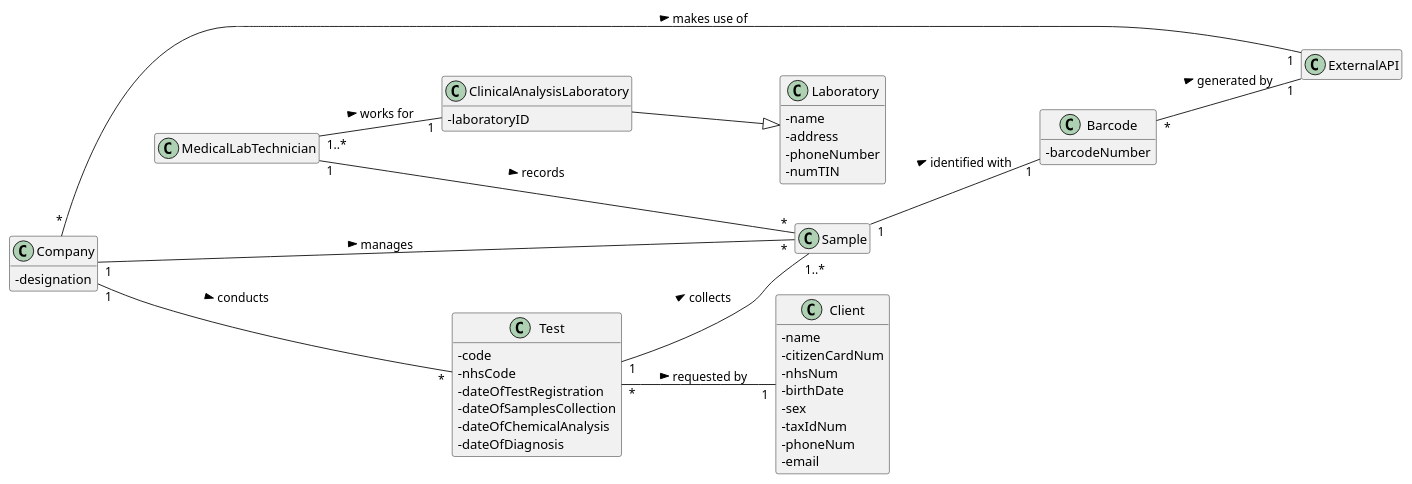
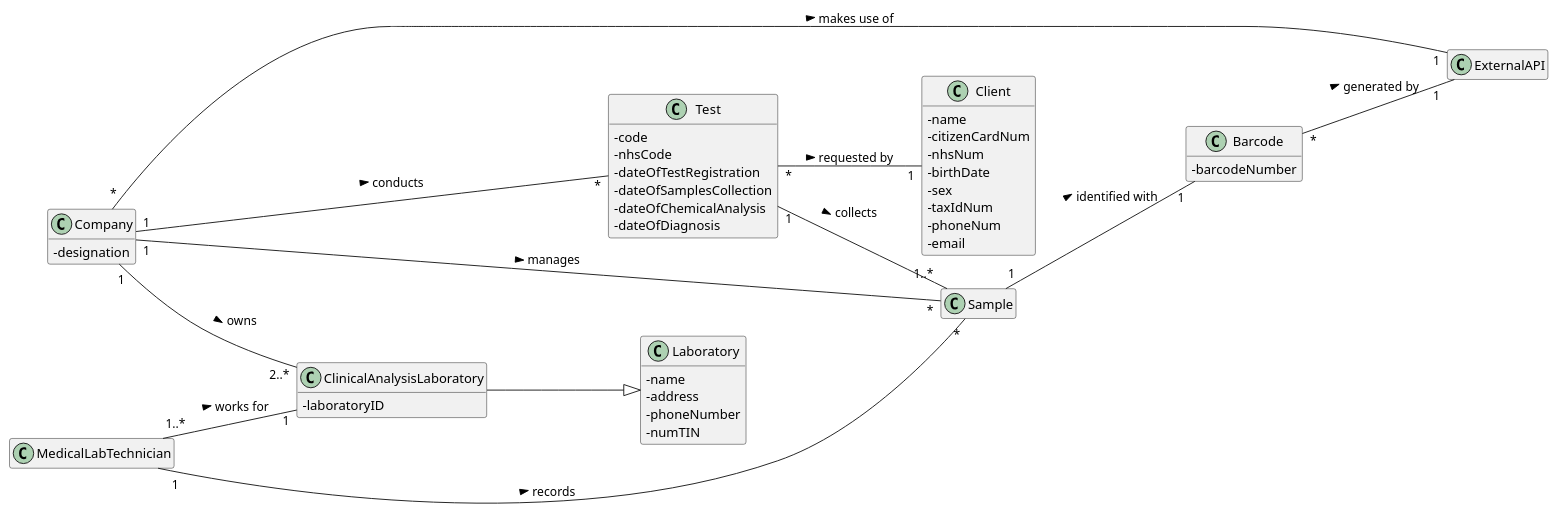
Before and after one commit to ana-albergaria/LAPR2-ISEP: the diagram in docs/SprintC/US_5/US5_DM.puml, drawn with PlantUML. The commit also changed 12 other files, not shown here.

```diff
--- a/docs/SprintC/US_5/US5_DM.puml
+++ b/docs/SprintC/US_5/US5_DM.puml
@@ -1,99 +1,100 @@
 @startuml
 
 skinparam classAttributeIconSize 0
 hide empty methods
 hide empty attributes
 left to right direction
 
 class MedicalLabTechnician{}
 
 class Sample{}
 
 class Test{
 - code
 - nhsCode
 - dateOfTestRegistration
 - dateOfSamplesCollection
 - dateOfChemicalAnalysis
 - dateOfDiagnosis
 }
 
 class Barcode {
 - barcodeNumber
 }
 
 class ExternalAPI{}
 
 /'class LabOrder{}'/
 
 class Client{
 - name
 - citizenCardNum
 - nhsNum
 - birthDate
 - sex
 - taxIdNum
 - phoneNum
 - email
 }
 
 /'
 class TestType{
 - code
 - description
 - collectingMethod
 }'/
 
 /'class Parameter {
   -code
   -shortName
   -description
 }'/
 
 class Company {
 -designation
 }
 
 class ClinicalAnalysisLaboratory{
 - laboratoryID
 }
 
 class Laboratory {
 - name
 - address
 - phoneNumber
 - numTIN
 }
 
 /'class Config {}'/
 
 
 
 
 MedicalLabTechnician "1" --- "*" Sample : records >
 Sample "1" -- "1" Barcode : identified with >
 Barcode "*" -- "1" ExternalAPI : generated by >
 Test "1" -- "1..*" Sample : collects >
 /'Test "1" --- "1" LabOrder : originates <'/
 /'LabOrder "1..*" --- "1" Client : provided by >'/
 
 /'comment line above'/
 /'Test "*" -- "1" TestType : classified as >'/
 
 /'LabOrder -- TestType : contains >'/
 /'LabOrder -- "1..*" Parameter : contains >'/
 
 /'ExternalAPI -- Config : defined by >'/
 Test "*" -- "1" Client : requested by >
 Company "*" - "1" ExternalAPI : makes use of >
 Company "1" --- "*" Sample : manages >
 Company "1" --- "*" Test : conducts >
 MedicalLabTechnician "1..*" -- "1" ClinicalAnalysisLaboratory : works for >
+Company "1" -- "2..*" ClinicalAnalysisLaboratory : owns >
 
 ClinicalAnalysisLaboratory --|> Laboratory
 
 
 
 
 
 @enduml
```
